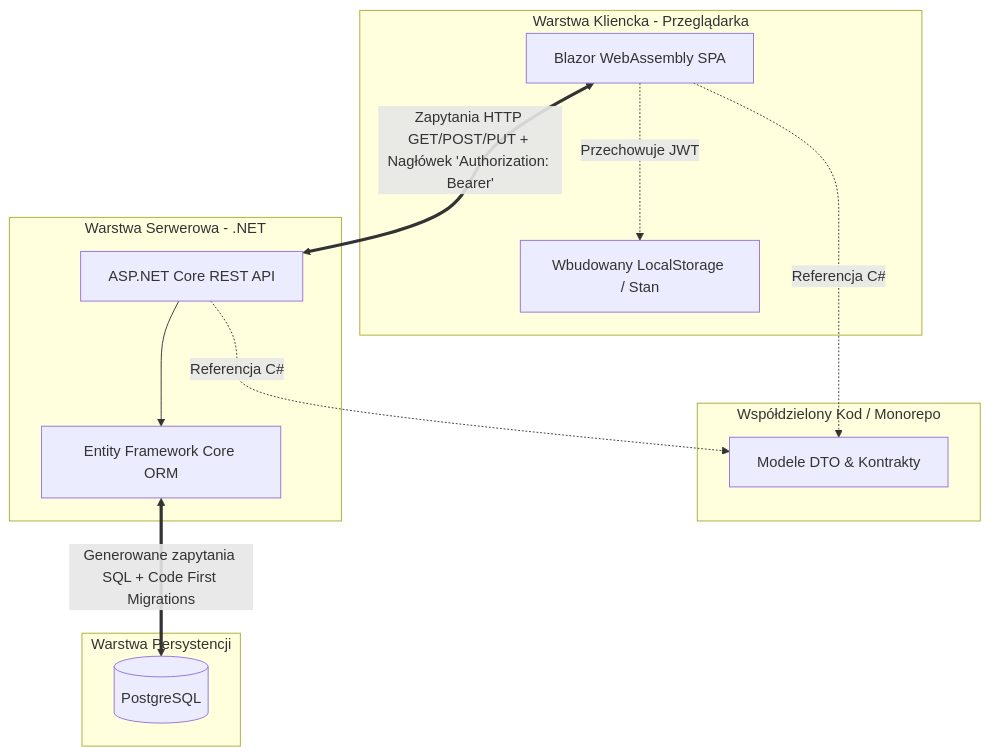
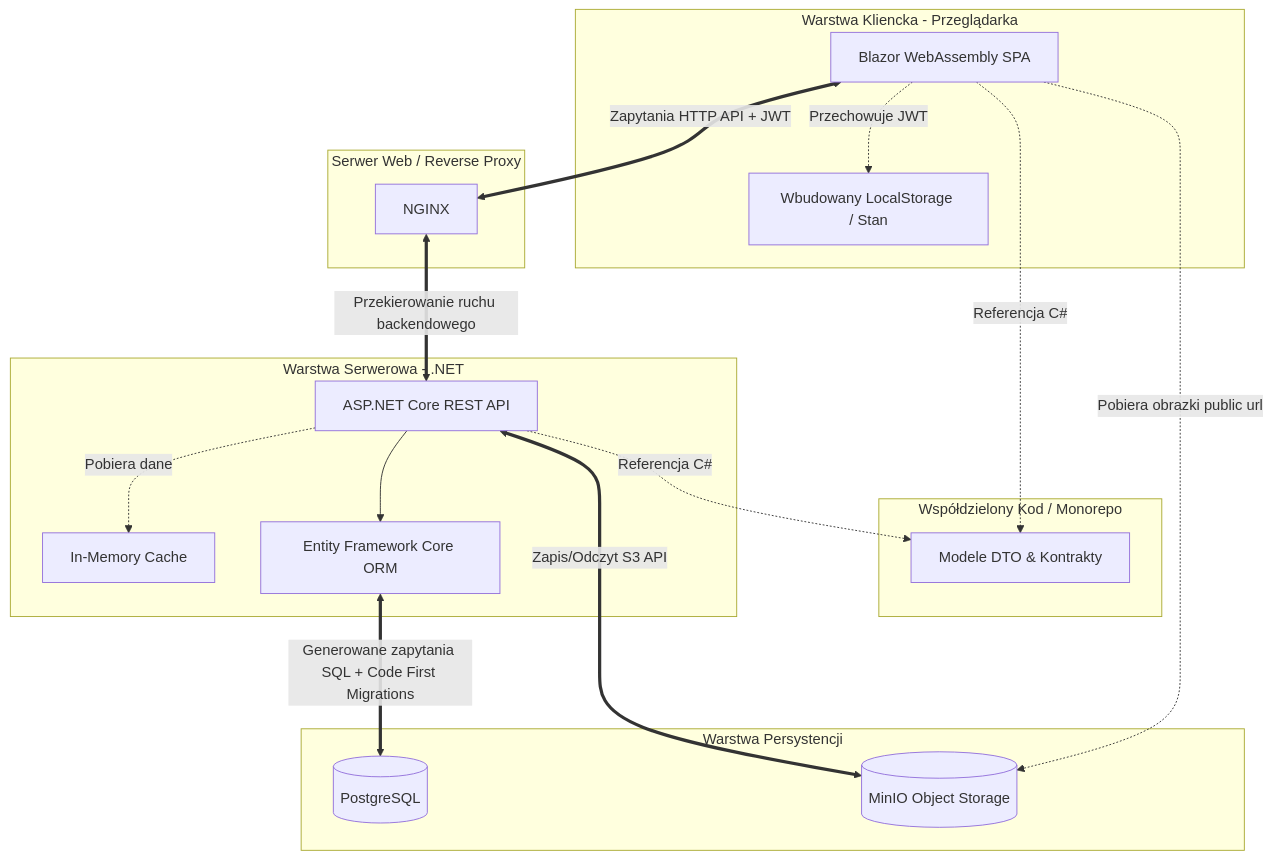
The first of 2 diagrams in README.md (Pug0r/studia-projektowanie-aplikacji-internetowych), drawn with Mermaid before and after one commit. The commit also changed other lines of this file, not shown here.

````diff
--- a/README.md
+++ b/README.md
@@ -46,31 +21,42 @@
 ```mermaid
 graph TD
 
     subgraph Front [Warstwa Kliencka - Przeglądarka]
         SPA[Blazor WebAssembly SPA]:::client
         JS[Wbudowany LocalStorage / Stan]:::client
         SPA -. "Przechowuje JWT" .-> JS
     end
 
     subgraph Common [Współdzielony Kod / Monorepo]
         DTO[Modele DTO & Kontrakty]:::shared
     end
 
+    subgraph Proxy [Serwer Web / Reverse Proxy]
+        NGINX[NGINX]:::server
+    end
+
     subgraph Back [Warstwa Serwerowa - .NET]
         API[ASP.NET Core REST API]:::server
+        CACHE[In-Memory Cache]:::server
         EF[Entity Framework Core ORM]:::server
         
+        API -. "Pobiera dane" .-> CACHE
         API --> EF
     end
 
     subgraph Data [Warstwa Persystencji]
         DB[(PostgreSQL)]:::database
+        MINIO[(MinIO Object Storage)]:::database
     end
 
-    SPA <==>|Zapytania HTTP GET/POST/PUT + Nagłówek 'Authorization: Bearer'| API
+    SPA <==>|Zapytania HTTP API + JWT| NGINX
+    NGINX <==>|Przekierowanie ruchu backendowego| API
+    
+    SPA -.->|Pobiera obrazki public url| MINIO
+    API <==>|Zapis/Odczyt S3 API| MINIO
     
     SPA -.->|Referencja C#| DTO
     API -.->|Referencja C#| DTO
     
     EF <==>|Generowane zapytania SQL + Code First Migrations| DB
 ```
````
